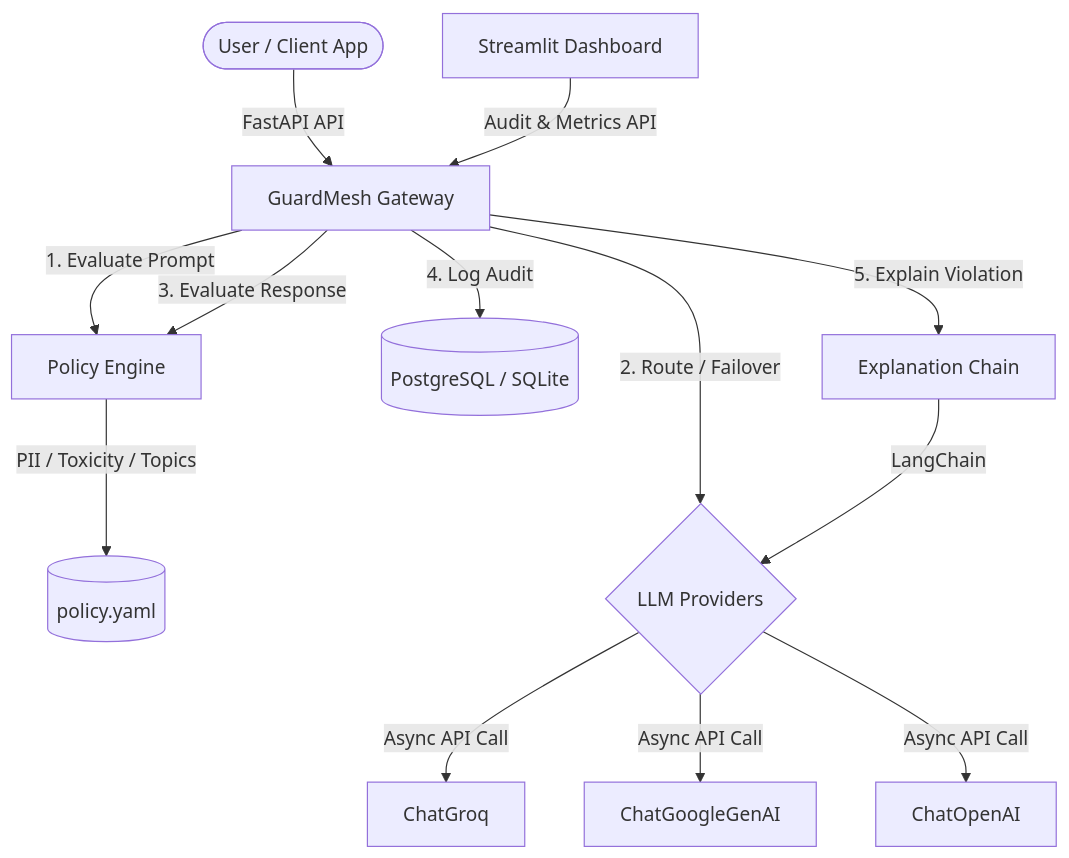
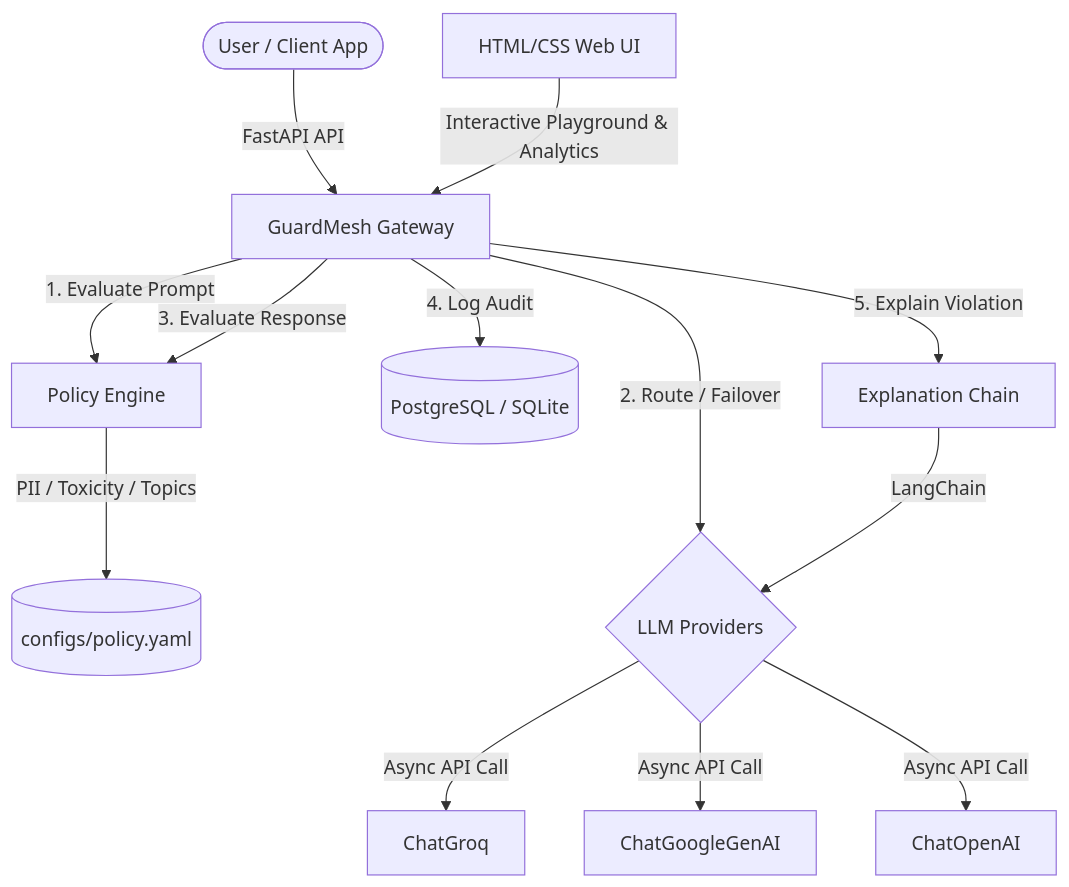
The diagram in README.md (Harishrajan77/GuardMesh-Cross-Provider-Governance), drawn with Mermaid before and after one commit. The commit also changed other lines of this file and 11 other files, not shown here.

Commit message:
feat: add standalone HTML/CSS web frontend and provider policy overlays

````diff
--- a/README.md
+++ b/README.md
@@ -19,15 +19,15 @@
 ```mermaid
 graph TD
     User([User / Client App]) -->|FastAPI API| GM[GuardMesh Gateway]
     GM -->|1. Evaluate Prompt| PE[Policy Engine]
-    PE -->|PII / Toxicity / Topics| YAML[(policy.yaml)]
+    PE -->|PII / Toxicity / Topics| YAML[(configs/policy.yaml)]
     GM -->|2. Route / Failover| Providers{LLM Providers}
     Providers -->|Async API Call| Groq[ChatGroq]
     Providers -->|Async API Call| Gemini[ChatGoogleGenAI]
     Providers -->|Async API Call| OpenAI[ChatOpenAI]
     GM -->|3. Evaluate Response| PE
     GM -->|4. Log Audit| DB[(PostgreSQL / SQLite)]
     GM -->|5. Explain Violation| Expl[Explanation Chain]
     Expl -->|LangChain| Providers
-    Dashboard[Streamlit Dashboard] -->|Audit & Metrics API| GM
+    WebUI[HTML/CSS Web UI] -->|Interactive Playground & Analytics| GM
 ```
````
